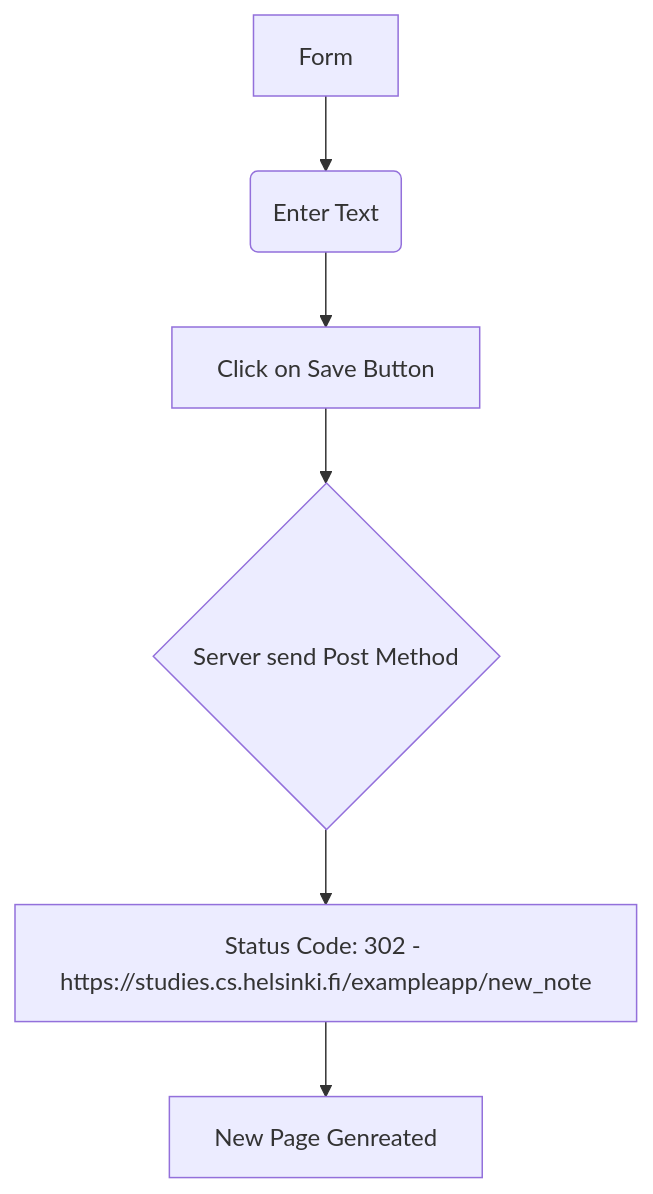
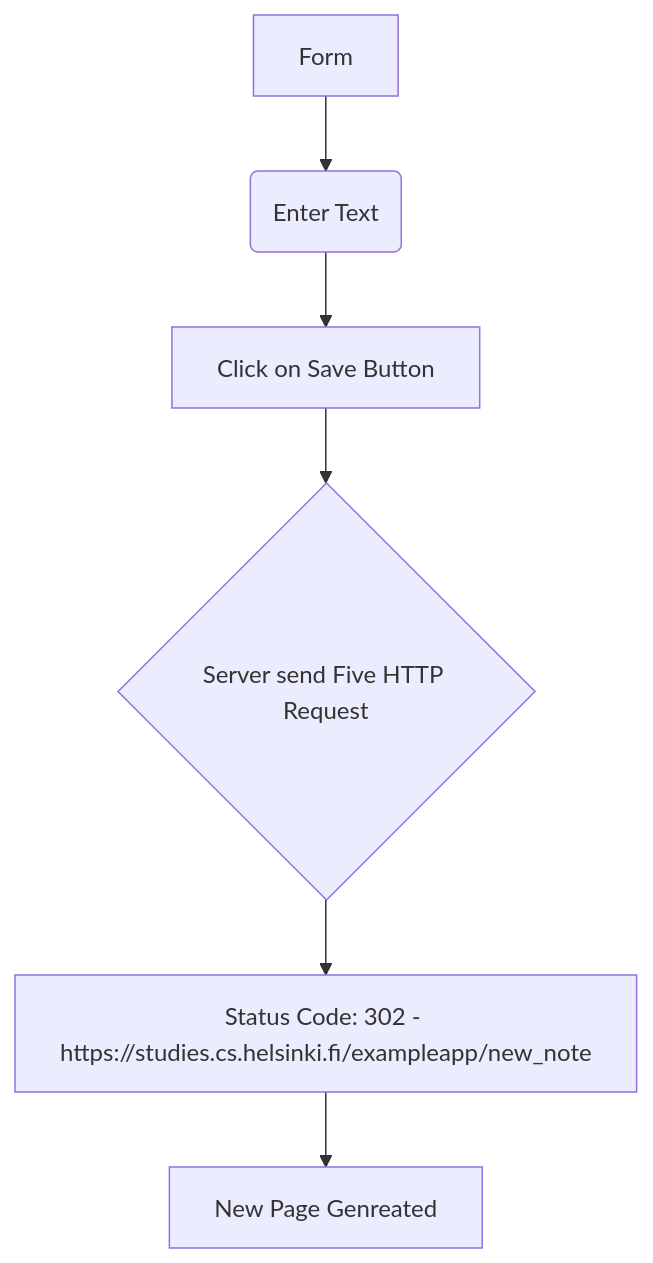
The diagram in part0/New note diagram.md (Priyanshu-official/fullstackopen_learning), drawn with Mermaid before and after one commit.

Commit message:
Completed Ex4

````diff
--- a/part0/New note diagram.md
+++ b/part0/New note diagram.md
@@ -4,8 +4,8 @@
 ```mermaid
 graph TD
     A[Form] --> B(Enter Text) 
     B-->C[Click on Save Button]
-    C--> D{Server send Post Method}
+    C--> D{Server send Five HTTP Request  }
     D --> E[Status Code: 302 - https://studies.cs.helsinki.fi/exampleapp/new_note]
     E --> F[New Page Genreated ]
 ```
````
